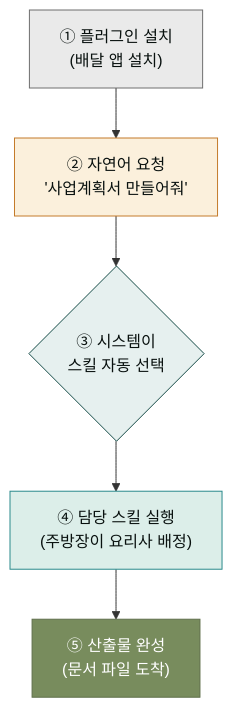
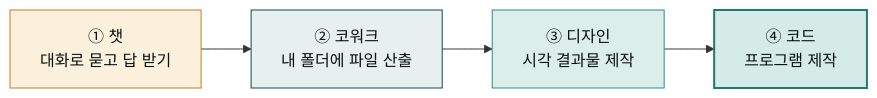
One commit to modu-ai/claude changed the diagram in www/content/getting-started/_index.md. Above: the diagram before and after it, drawn with Mermaid. The commit also changed other lines of this file and 51 other files, not shown here.

````diff
--- a/www/content/getting-started/_index.md
+++ b/www/content/getting-started/_index.md
@@ -51,13 +20,11 @@
 ```mermaid
-flowchart TD
-    A["① 플러그인 설치<br/>(배달 앱 설치)"] --> B["② 자연어 요청<br/>'사업계획서 만들어줘'"]
-    B --> C{"③ 시스템이<br/>스킬 자동 선택"}
-    C --> D["④ 담당 스킬 실행<br/>(주방장이 요리사 배정)"]
-    D --> E["⑤ 산출물 완성<br/>(문서 파일 도착)"]
+flowchart LR
+    A["① 챗<br/>대화로 묻고 답 받기"] --> B["② 코워크<br/>내 폴더에 파일 산출"]
+    B --> C["③ 디자인<br/>시각 결과물 제작"]
+    C --> D["④ 코드<br/>프로그램 제작"]
 
-    style A fill:#eaeaea,stroke:#6e6e6e,color:#09110f
-    style B fill:#fbf0dc,stroke:#c47b2a,color:#09110f
-    style C fill:#e6f0ef,stroke:#144a46,color:#09110f
-    style D fill:#dceee9,stroke:#2a8a8c,color:#09110f
-    style E fill:#788C5D,stroke:#5F6F4A,color:#FFFFFF
+    style A fill:#fbf0dc,stroke:#c47b2a,color:#09110f
+    style B fill:#e6f0ef,stroke:#144a46,color:#09110f
+    style C fill:#dceee9,stroke:#2a8a8c,color:#09110f
+    style D fill:#d6ebe7,stroke:#1c7c70,stroke-width:2px,color:#09110f
 ```
````
